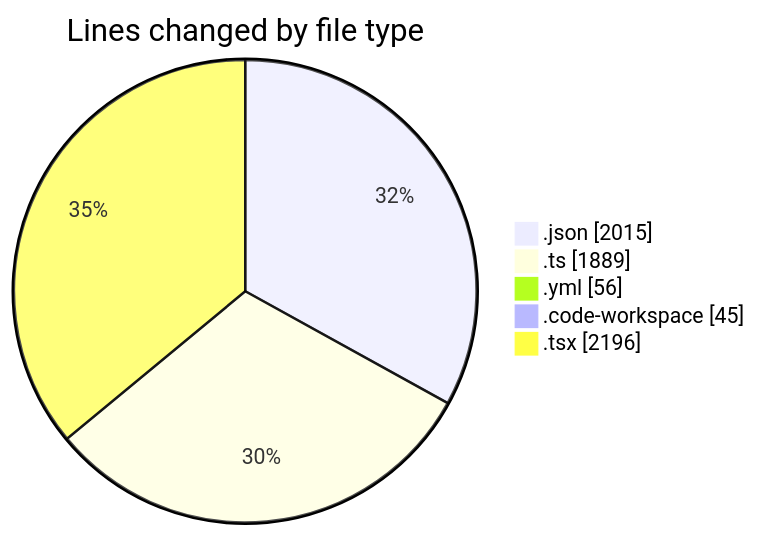
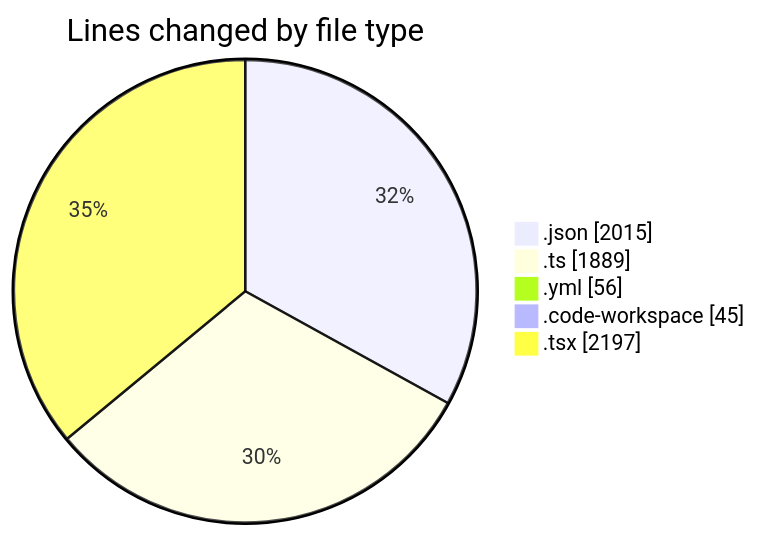
One commit to julien-gomy/code-tracking changed the first of 2 diagrams in 2025-11-25/eventscop-frontend-guide__workspace_/README.md. Above: the diagram before and after it, drawn with Mermaid. The commit also changed other lines of this file and 1 other file, not shown here.

````diff
--- a/2025-11-25/eventscop-frontend-guide__workspace_/README.md
+++ b/2025-11-25/eventscop-frontend-guide__workspace_/README.md
@@ -42,9 +42,9 @@
 ```mermaid
 pie showData
 title Lines changed by file type
 ".json" : 2015
 ".ts" : 1889
 ".yml" : 56
 ".code-workspace" : 45
-".tsx" : 2196
+".tsx" : 2197
 ```
````
